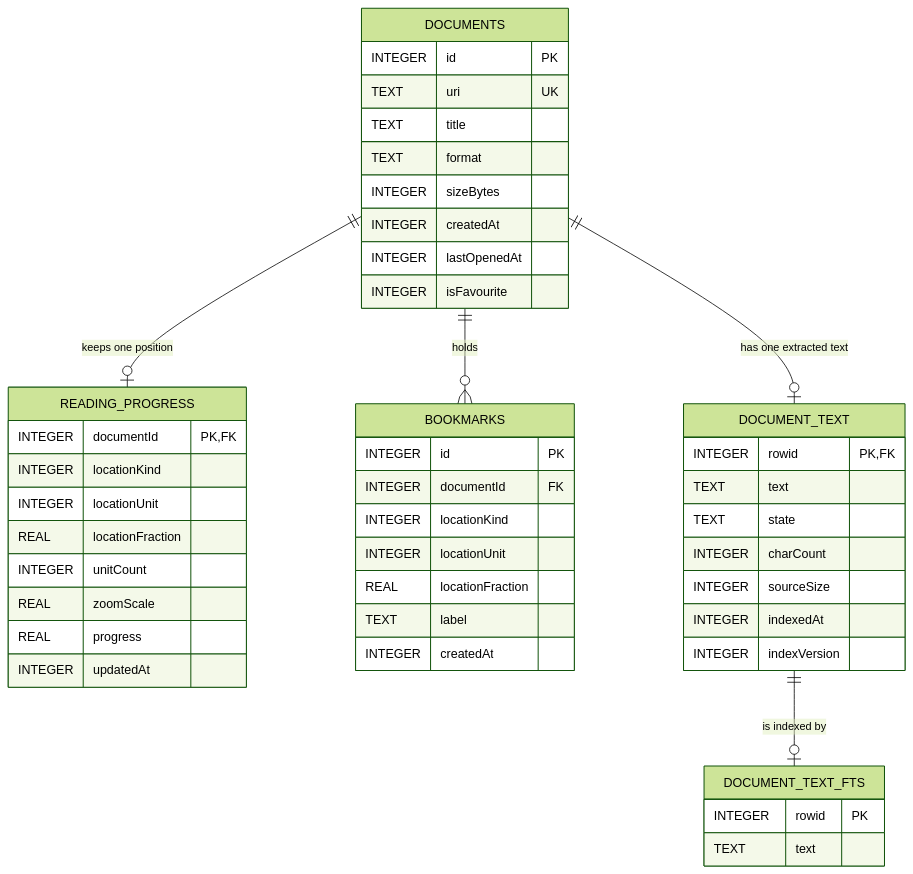
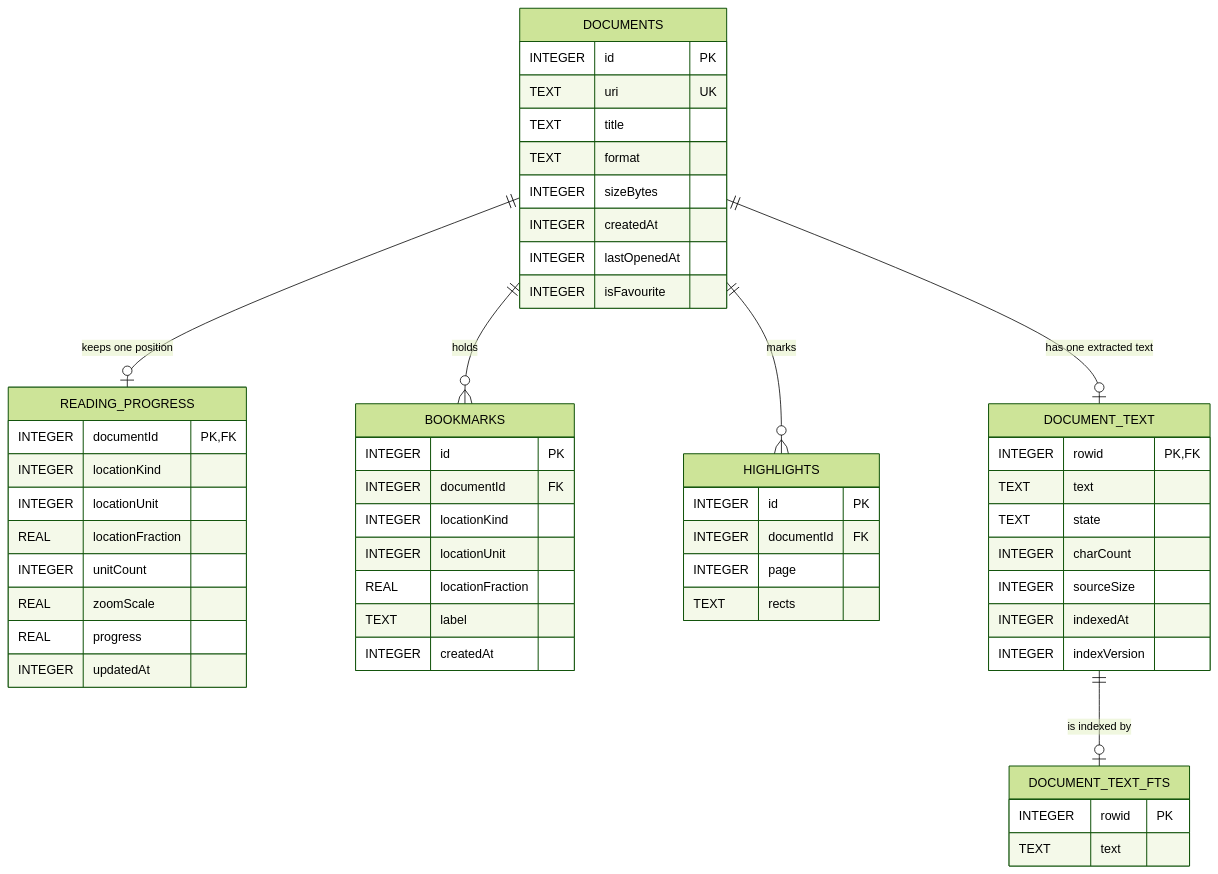
One commit to Pixelrick420/Papyrus changed the second of 2 diagrams in README.md. Above: the diagram before and after it, drawn with Mermaid (forest theme). The commit also changed other lines of this file and 14 other files, not shown here.

````diff
--- a/README.md
+++ b/README.md
@@ -249,54 +252,62 @@
 ```mermaid
 erDiagram
     DOCUMENTS ||--o| READING_PROGRESS : "keeps one position"
     DOCUMENTS ||--o{ BOOKMARKS : "holds"
+    DOCUMENTS ||--o{ HIGHLIGHTS : "marks"
     DOCUMENTS ||--o| DOCUMENT_TEXT : "has one extracted text"
     DOCUMENT_TEXT ||--o| DOCUMENT_TEXT_FTS : "is indexed by"
 
     DOCUMENTS {
         INTEGER id PK
         TEXT uri UK
         TEXT title
         TEXT format
         INTEGER sizeBytes
         INTEGER createdAt
         INTEGER lastOpenedAt
         INTEGER isFavourite
     }
 
     READING_PROGRESS {
         INTEGER documentId PK, FK
         INTEGER locationKind
         INTEGER locationUnit
         REAL locationFraction
         INTEGER unitCount
         REAL zoomScale
         REAL progress
         INTEGER updatedAt
     }
 
     BOOKMARKS {
         INTEGER id PK
         INTEGER documentId FK
         INTEGER locationKind
         INTEGER locationUnit
         REAL locationFraction
         TEXT label
         INTEGER createdAt
     }
 
+    HIGHLIGHTS {
+        INTEGER id PK
+        INTEGER documentId FK
+        INTEGER page
+        TEXT rects
+    }
+
     DOCUMENT_TEXT {
         INTEGER rowid PK, FK
         TEXT text
         TEXT state
         INTEGER charCount
         INTEGER sourceSize
         INTEGER indexedAt
         INTEGER indexVersion
     }
 
     DOCUMENT_TEXT_FTS {
         INTEGER rowid PK
         TEXT text
     }
 ```
````
